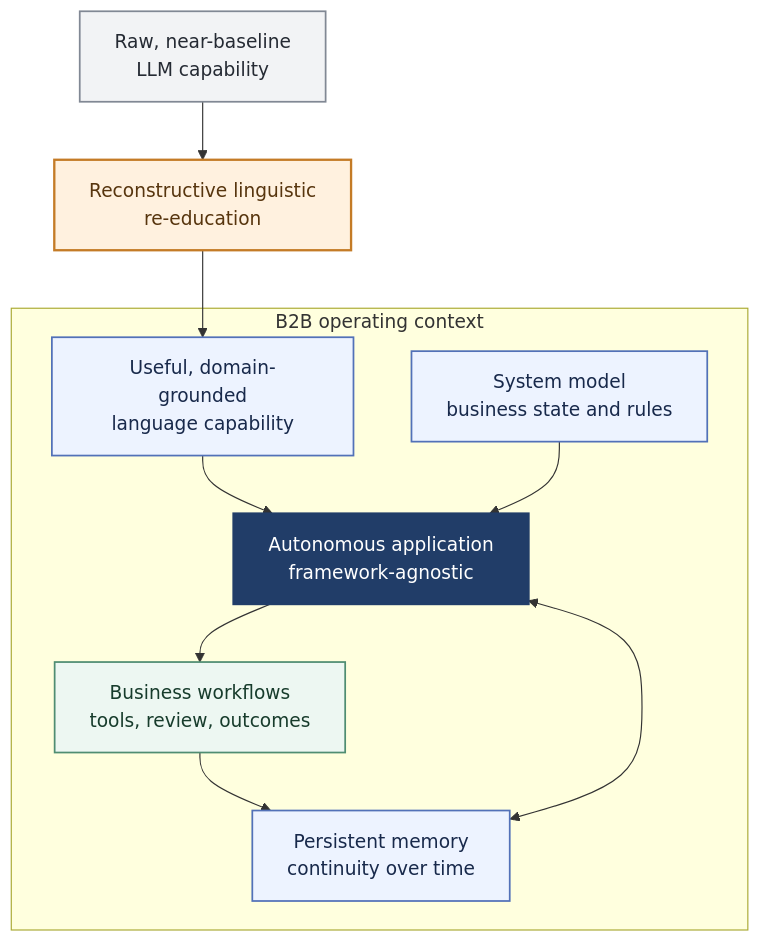
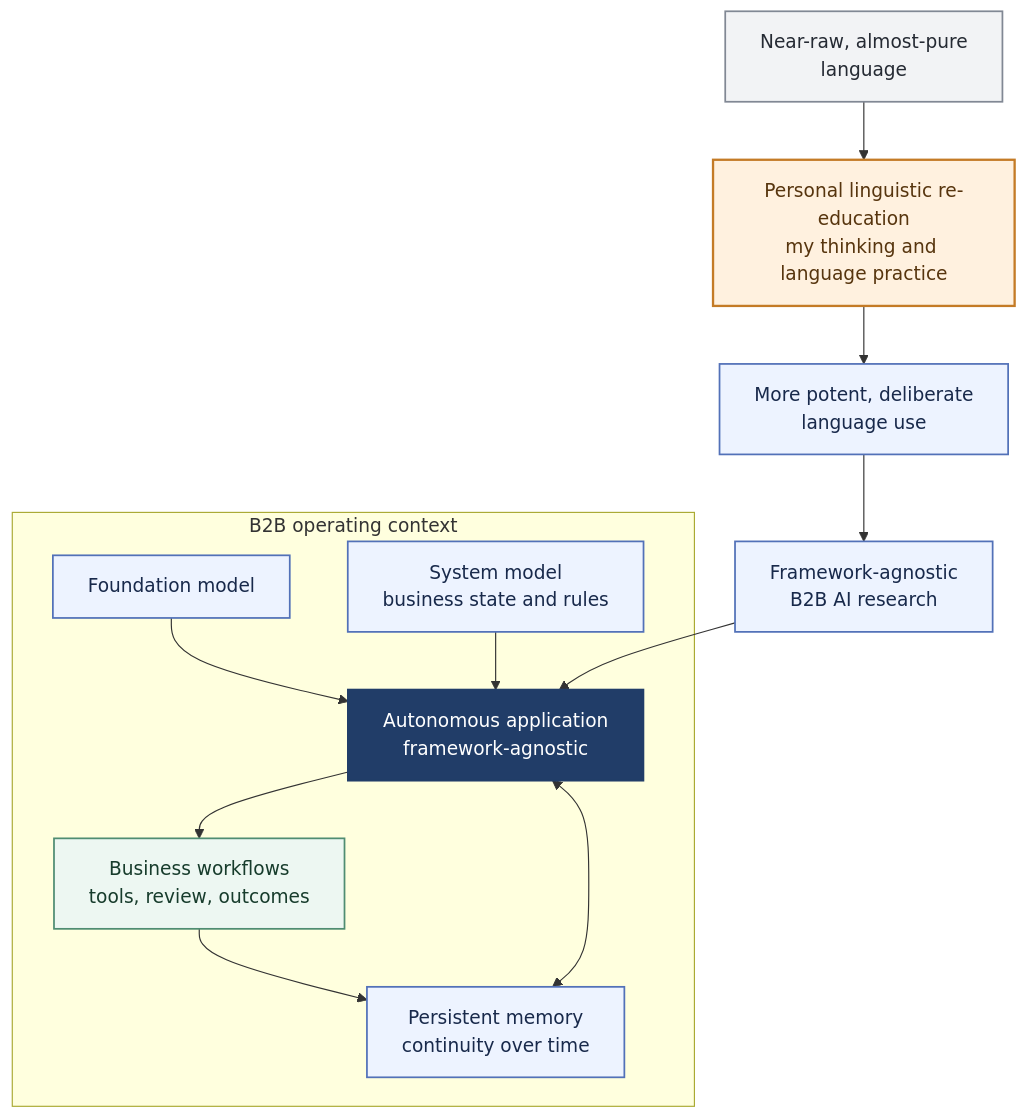
One commit to glaucodeveloper/glaucodeveloper changed the diagram in README.md. Above: the diagram before and after it, drawn with Mermaid. The commit also changed other lines of this file, not shown here.

Commit message:
docs: describe personal linguistic re-education

````diff
--- a/README.md
+++ b/README.md
@@ -7,28 +7,30 @@
 ```mermaid
 flowchart TB
-  RAW["Raw, near-baseline<br/>LLM capability"] --> RE["Reconstructive linguistic<br/>re-education"] --> CAP["Useful, domain-grounded<br/>language capability"]
+  RAW["Near-raw, almost-pure<br/>language"] --> RE["Personal linguistic re-education<br/>my thinking and language practice"] --> USE["More potent, deliberate<br/>language use"] --> DIRECTION["Framework-agnostic<br/>B2B AI research"]
 
   subgraph B2B["B2B operating context"]
+    FM["Foundation model"]
     SM["System model<br/>business state and rules"]
     MEM["Persistent memory<br/>continuity over time"]
     APP["Autonomous application<br/>framework-agnostic"]
     FLOW["Business workflows<br/>tools, review, outcomes"]
 
-    CAP --> APP
+    FM --> APP
     SM --> APP
     MEM <--> APP
     APP --> FLOW
     FLOW --> MEM
   end
 
+  DIRECTION --> APP
   classDef source fill:#f2f3f5,stroke:#818894,color:#252a33,stroke-width:1.5px;
   classDef reconstruction fill:#fff1df,stroke:#c47b26,color:#57350e,stroke-width:2px;
   classDef concept fill:#edf3ff,stroke:#5271b8,color:#18294b,stroke-width:1.5px;
   classDef app fill:#213d68,stroke:#213d68,color:#ffffff,stroke-width:2px;
   classDef workflow fill:#edf7f2,stroke:#4f8d72,color:#173c2c,stroke-width:1.5px;
   class RAW source;
   class RE reconstruction;
-  class CAP,SM,MEM concept;
+  class USE,DIRECTION,FM,SM,MEM concept;
   class APP app;
   class FLOW workflow;
 ```
````
